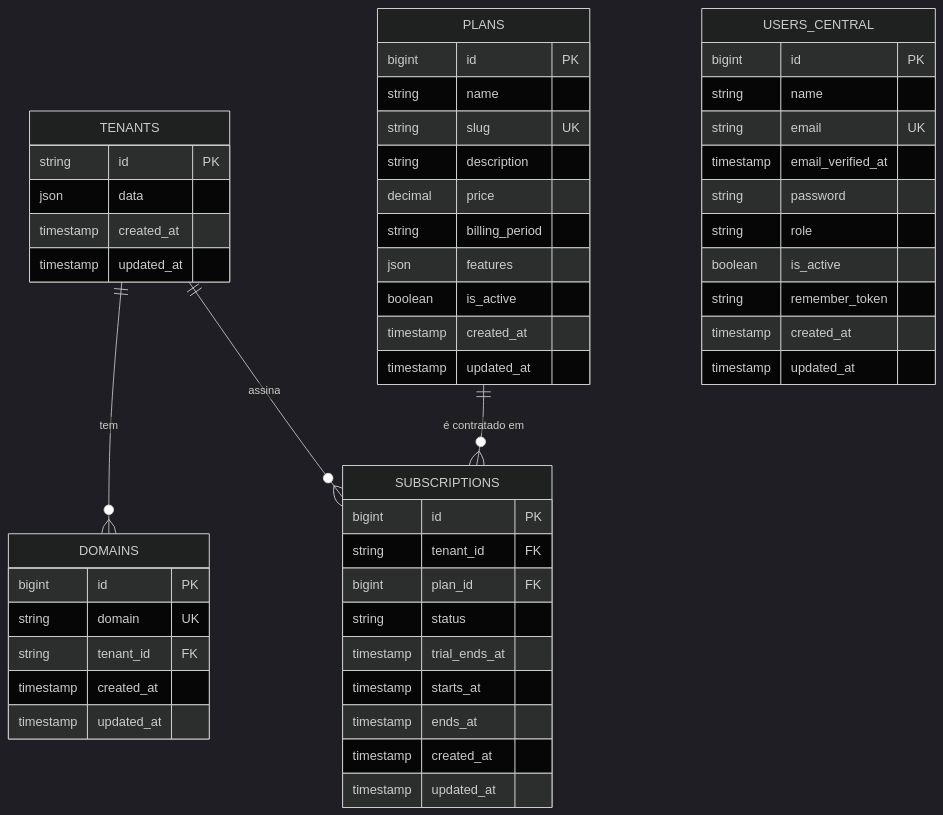
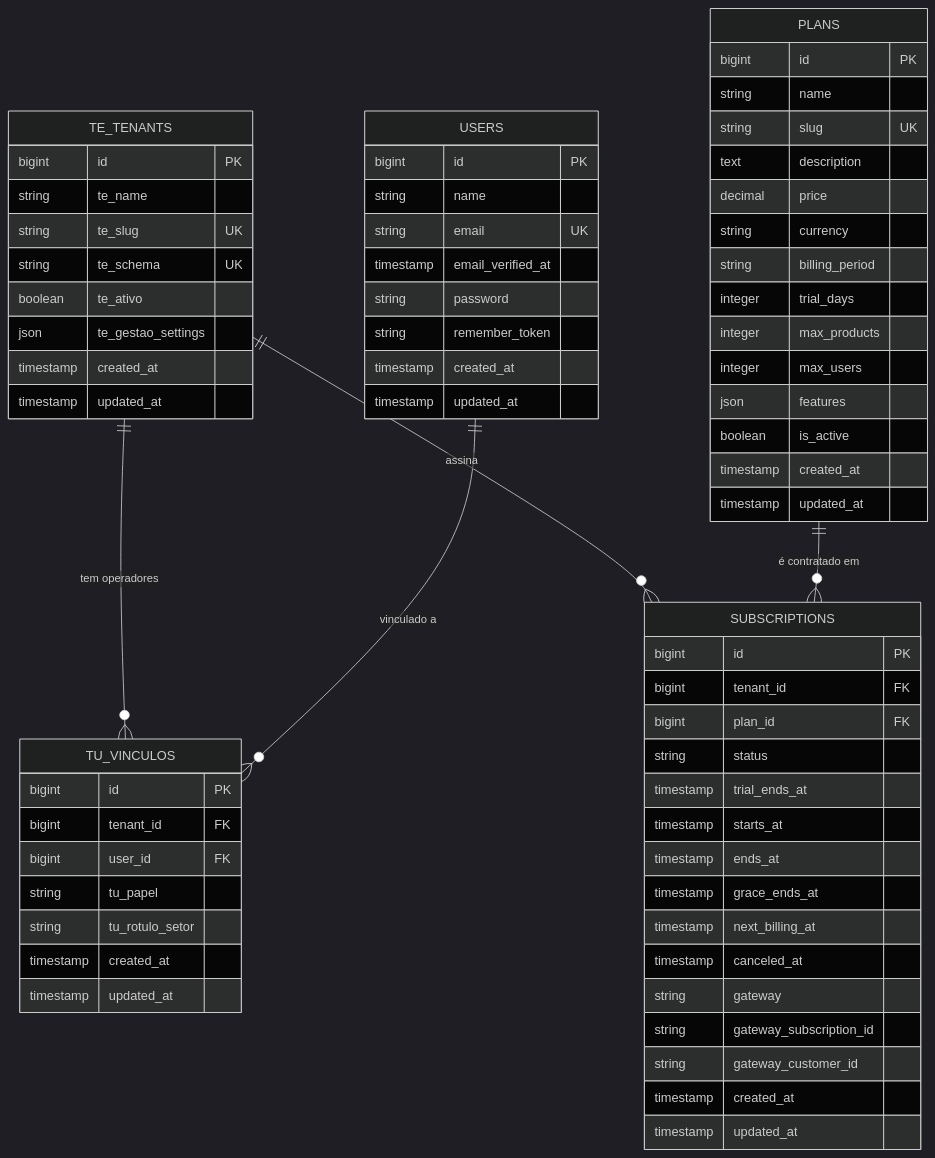
One commit to Guariero31/Zenvyra changed the first of 2 diagrams in docs/erd.md. Above: the diagram before and after it, drawn with Mermaid (dark theme). The commit also changed other lines of this file and 73 other files, not shown here.

````diff
--- a/docs/erd.md
+++ b/docs/erd.md
@@ -49,55 +50,70 @@
 ```mermaid
 erDiagram
-    TENANTS ||--o{ DOMAINS : "tem"
-    TENANTS ||--o{ SUBSCRIPTIONS : "assina"
-    PLANS   ||--o{ SUBSCRIPTIONS : "é contratado em"
+    TE_TENANTS ||--o{ TU_VINCULOS   : "tem operadores"
+    TE_TENANTS ||--o{ SUBSCRIPTIONS : "assina"
+    PLANS      ||--o{ SUBSCRIPTIONS : "é contratado em"
+    USERS      ||--o{ TU_VINCULOS   : "vinculado a"
 
-    TENANTS {
-        string    id PK
-        json      data
+    TE_TENANTS {
+        bigint    id PK
+        string    te_name
+        string    te_slug UK
+        string    te_schema UK
+        boolean   te_ativo
+        json      te_gestao_settings
         timestamp created_at
         timestamp updated_at
     }
-    DOMAINS {
+    TU_VINCULOS {
         bigint    id PK
-        string    domain UK
-        string    tenant_id FK
+        bigint    tenant_id FK
+        bigint    user_id FK
+        string    tu_papel
+        string    tu_rotulo_setor
+        timestamp created_at
+        timestamp updated_at
+    }
+    USERS {
+        bigint    id PK
+        string    name
+        string    email UK
+        timestamp email_verified_at
+        string    password
+        string    remember_token
         timestamp created_at
         timestamp updated_at
     }
     PLANS {
         bigint    id PK
         string    name
         string    slug UK
-        string    description
+        text      description
         decimal   price
+        string    currency
         string    billing_period
+        integer   trial_days
+        integer   max_products
+        integer   max_users
         json      features
         boolean   is_active
         timestamp created_at
         timestamp updated_at
     }
     SUBSCRIPTIONS {
         bigint    id PK
-        string    tenant_id FK
+        bigint    tenant_id FK
         bigint    plan_id FK
         string    status
         timestamp trial_ends_at
         timestamp starts_at
         timestamp ends_at
-        timestamp created_at
-        timestamp updated_at
-    }
-    USERS_CENTRAL {
-        bigint    id PK
-        string    name
-        string    email UK
-        timestamp email_verified_at
-        string    password
-        string    role
-        boolean   is_active
-        string    remember_token
+        timestamp grace_ends_at
+        timestamp next_billing_at
+        timestamp canceled_at
+        string    gateway
+        string    gateway_subscription_id
+        string    gateway_customer_id
         timestamp created_at
         timestamp updated_at
     }
 ```
````
